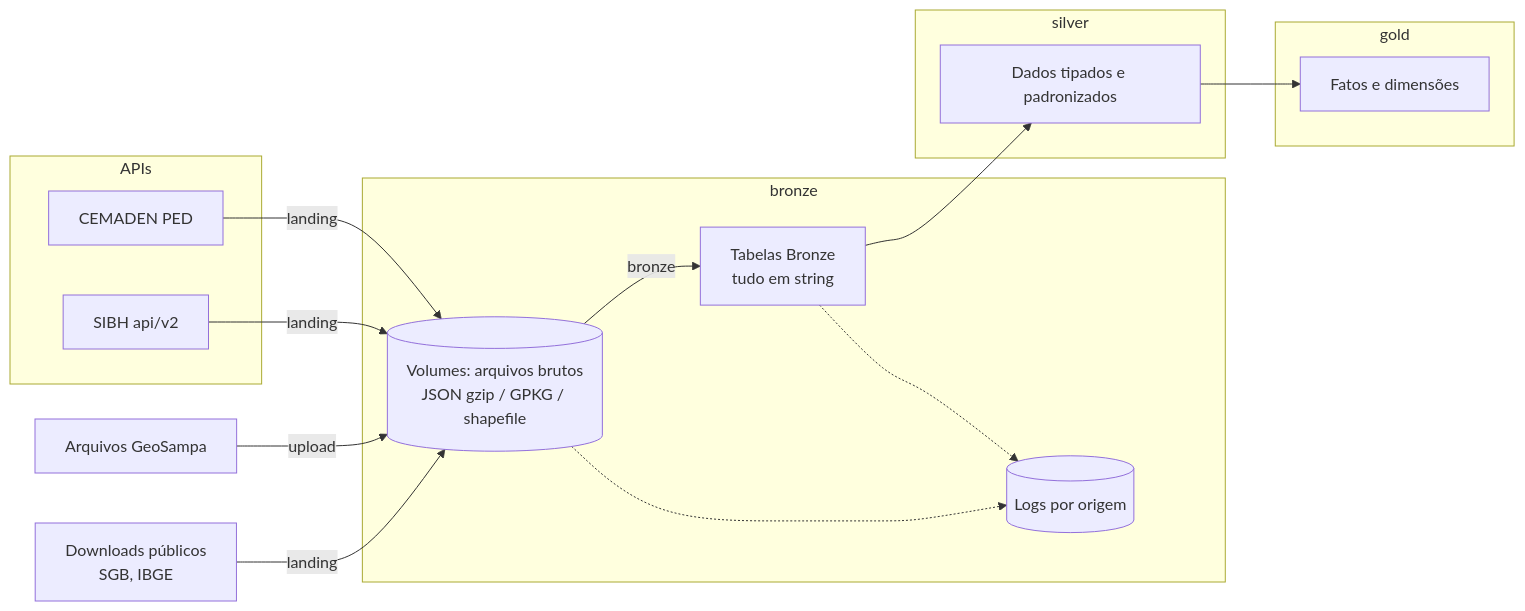
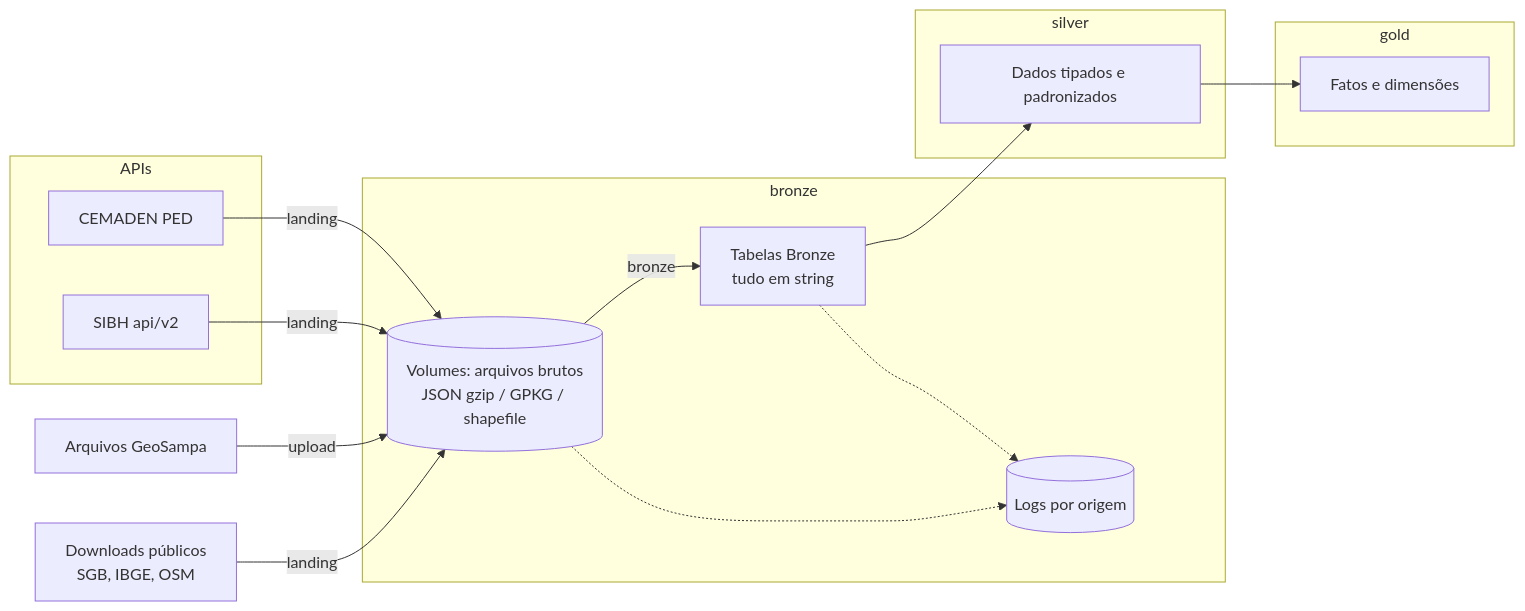
Before and after one commit to juniorOnData/FIAP-GS2-2TSCPV-2026: the first of 2 diagrams in README.md, drawn with Mermaid. The commit also changed other lines of this file and 8 other files, not shown here.

````diff
--- a/README.md
+++ b/README.md
@@ -17,28 +18,28 @@
 ```mermaid
 flowchart LR
   subgraph APIs
     PED[CEMADEN PED]
     SIBH[SIBH api/v2]
   end
   GPKG[Arquivos GeoSampa]
-  PUB[Downloads públicos<br/>SGB, IBGE]
+  PUB[Downloads públicos<br/>SGB, IBGE, OSM]
   subgraph bronze
     VOL[(Volumes: arquivos brutos<br/>JSON gzip / GPKG / shapefile)]
     BT[Tabelas Bronze<br/>tudo em string]
     LOG[(Logs por origem)]
   end
   subgraph silver
     ST[Dados tipados e padronizados]
   end
   subgraph gold
     GT[Fatos e dimensões]
   end
   PED -- landing --> VOL
   SIBH -- landing --> VOL
   GPKG -- upload --> VOL
   PUB -- landing --> VOL
   VOL -- bronze --> BT
   BT --> ST --> GT
   VOL -.-> LOG
   BT -.-> LOG
 ```
````
